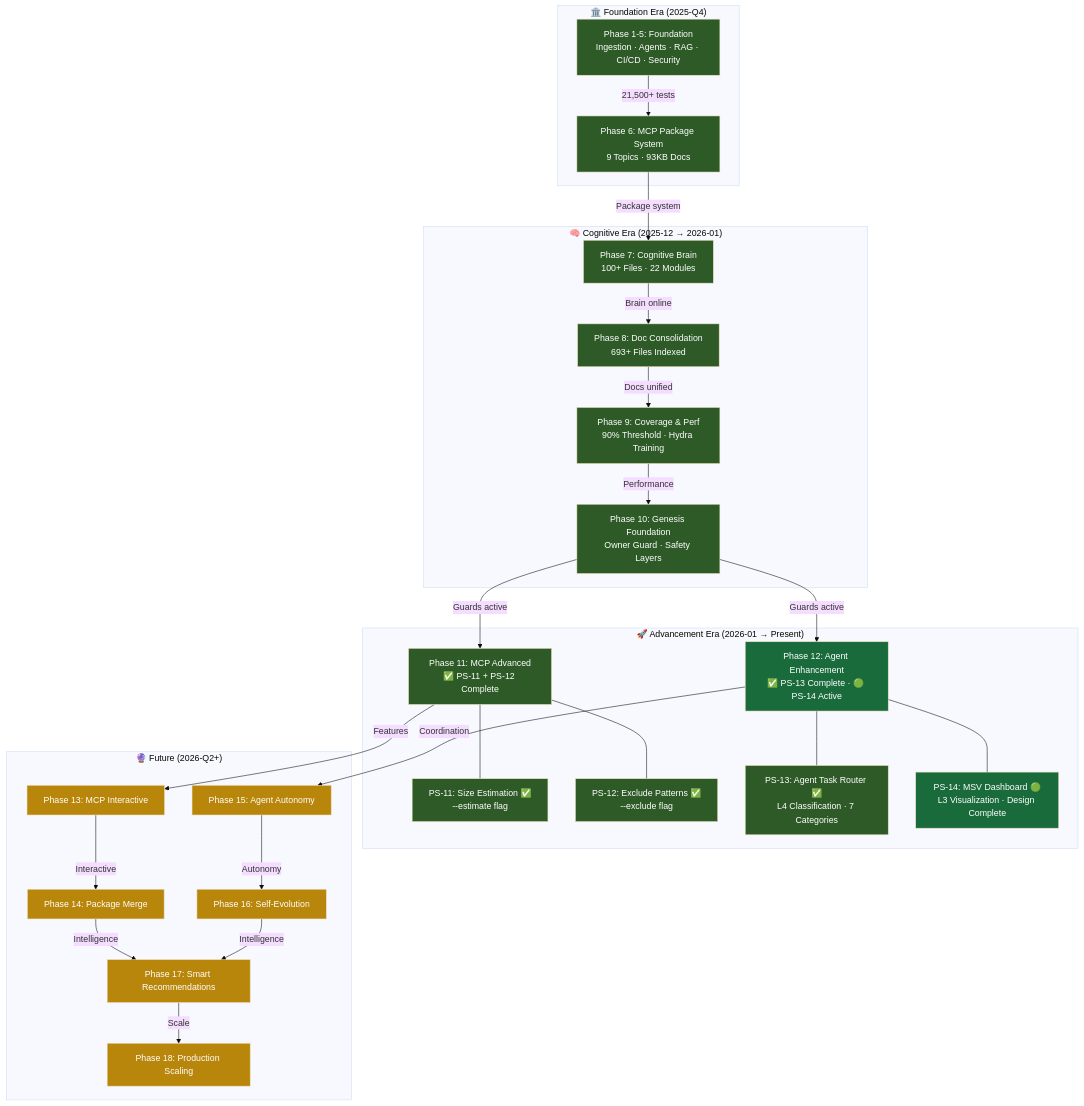
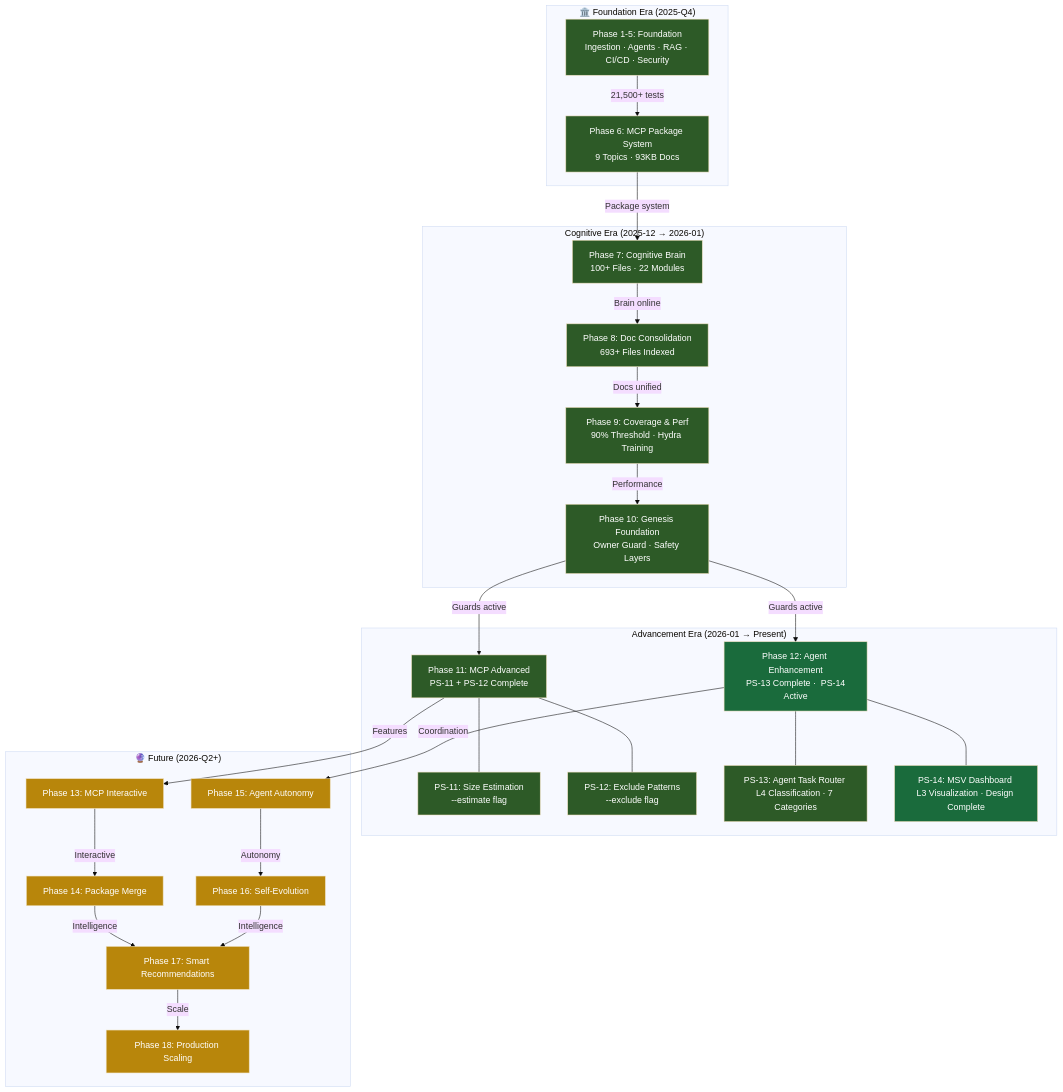
The first of 5 diagrams in docs/evolution/COGNITIVE_EVOLUTION_TREE.md (Aries-Serpent/_codex_), drawn with Mermaid (base theme) before and after one commit. The commit also changed other lines of this file and 2029 other files, not shown here.

````diff
--- a/docs/evolution/COGNITIVE_EVOLUTION_TREE.md
+++ b/docs/evolution/COGNITIVE_EVOLUTION_TREE.md
@@ -11,70 +13,70 @@
 ```mermaid
 %%{init: {'accessibility': {'title': 'Flowchart showing "🏛️ Foundation Era (2025-Q4)", Phase 1-5: Foundation<br/>Ingestion · Agents · RAG · CI/CD · Security'}}%%
 graph TD
     subgraph Foundation["🏛️ Foundation Era (2025-Q4)"]
         P1[Phase 1-5: Foundation<br/>Ingestion · Agents · RAG · CI/CD · Security]
         P6[Phase 6: MCP Package System<br/>9 Topics · 93KB Docs]
     end
 
-    subgraph Cognitive["🧠 Cognitive Era (2025-12 → 2026-01)"]
+    subgraph Cognitive[" Cognitive Era (2025-12 → 2026-01)"]
         P7[Phase 7: Cognitive Brain<br/>100+ Files · 22 Modules]
         P8[Phase 8: Doc Consolidation<br/>693+ Files Indexed]
         P9[Phase 9: Coverage & Perf<br/>90% Threshold · Hydra Training]
         P10[Phase 10: Genesis Foundation<br/>Owner Guard · Safety Layers]
     end
 
-    subgraph Advancement["🚀 Advancement Era (2026-01 → Present)"]
-        P11[Phase 11: MCP Advanced<br/>✅ PS-11 + PS-12 Complete]
-        P12[Phase 12: Agent Enhancement<br/>✅ PS-13 Complete · 🟢 PS-14 Active]
-        PS11[PS-11: Size Estimation ✅<br/>--estimate flag]
-        PS12[PS-12: Exclude Patterns ✅<br/>--exclude flag]
-        PS13[PS-13: Agent Task Router ✅<br/>L4 Classification · 7 Categories]
-        PS14[PS-14: MSV Dashboard 🟢<br/>L3 Visualization · Design Complete]
+    subgraph Advancement[" Advancement Era (2026-01 → Present)"]
+        P11[Phase 11: MCP Advanced<br/> PS-11 + PS-12 Complete]
+        P12[Phase 12: Agent Enhancement<br/> PS-13 Complete ·  PS-14 Active]
+        PS11[PS-11: Size Estimation <br/>--estimate flag]
+        PS12[PS-12: Exclude Patterns <br/>--exclude flag]
+        PS13[PS-13: Agent Task Router <br/>L4 Classification · 7 Categories]
+        PS14[PS-14: MSV Dashboard <br/>L3 Visualization · Design Complete]
         P11 --- PS11
         P11 --- PS12
         P12 --- PS13
         P12 --- PS14
     end
 
     subgraph Future["🔮 Future (2026-Q2+)"]
         P13[Phase 13: MCP Interactive]
         P14[Phase 14: Package Merge]
         P15[Phase 15: Agent Autonomy]
         P16[Phase 16: Self-Evolution]
         P17[Phase 17: Smart Recommendations]
         P18[Phase 18: Production Scaling]
     end
 
     P1 -->|"21,500+ tests"| P6
     P6 -->|"Package system"| P7
     P7 -->|"Brain online"| P8
     P8 -->|"Docs unified"| P9
     P9 -->|"Performance"| P10
     P10 -->|"Guards active"| P11
     P10 -->|"Guards active"| P12
     P11 -->|"Features"| P13
     P12 -->|"Coordination"| P15
     P13 -->|"Interactive"| P14
     P15 -->|"Autonomy"| P16
     P14 & P16 -->|"Intelligence"| P17
     P17 -->|"Scale"| P18
 
     style P1 fill:#2d5a27,color:#fff
     style P6 fill:#2d5a27,color:#fff
     style P7 fill:#2d5a27,color:#fff
     style P8 fill:#2d5a27,color:#fff
     style P9 fill:#2d5a27,color:#fff
     style P10 fill:#2d5a27,color:#fff
     style P11 fill:#2d5a27,color:#fff
     style P12 fill:#1a6b3c,color:#fff
     style PS11 fill:#2d5a27,color:#fff
     style PS12 fill:#2d5a27,color:#fff
     style PS13 fill:#2d5a27,color:#fff
     style PS14 fill:#1a6b3c,color:#fff
     style P13 fill:#b8860b,color:#fff
     style P14 fill:#b8860b,color:#fff
     style P15 fill:#b8860b,color:#fff
     style P16 fill:#b8860b,color:#fff
     style P17 fill:#b8860b,color:#fff
     style P18 fill:#b8860b,color:#fff
 ```
````
